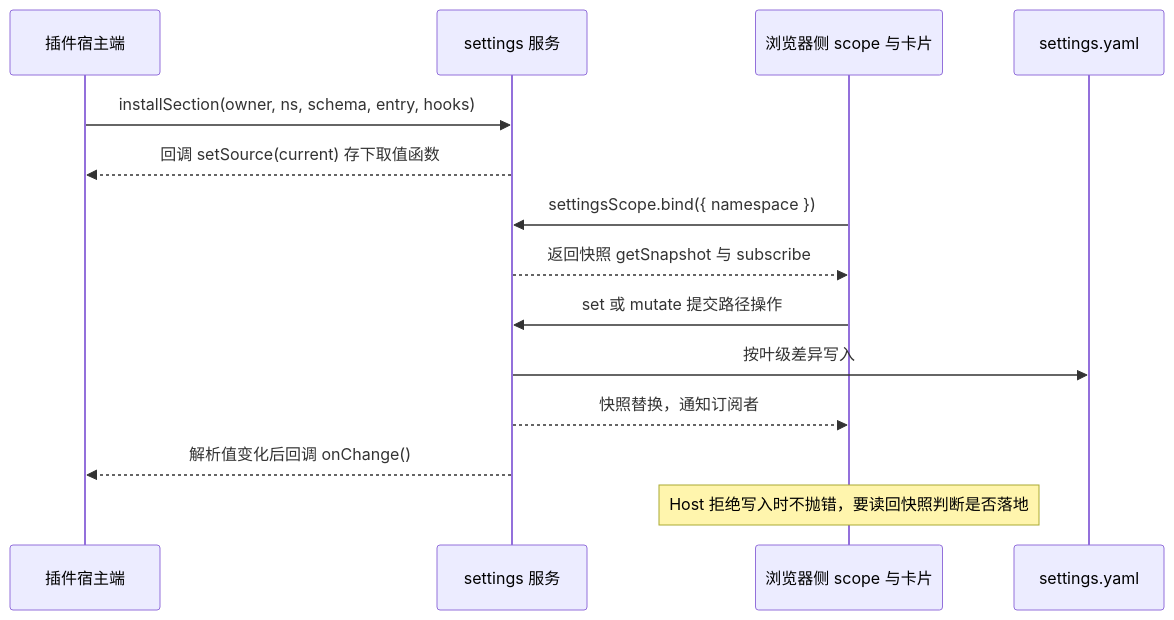
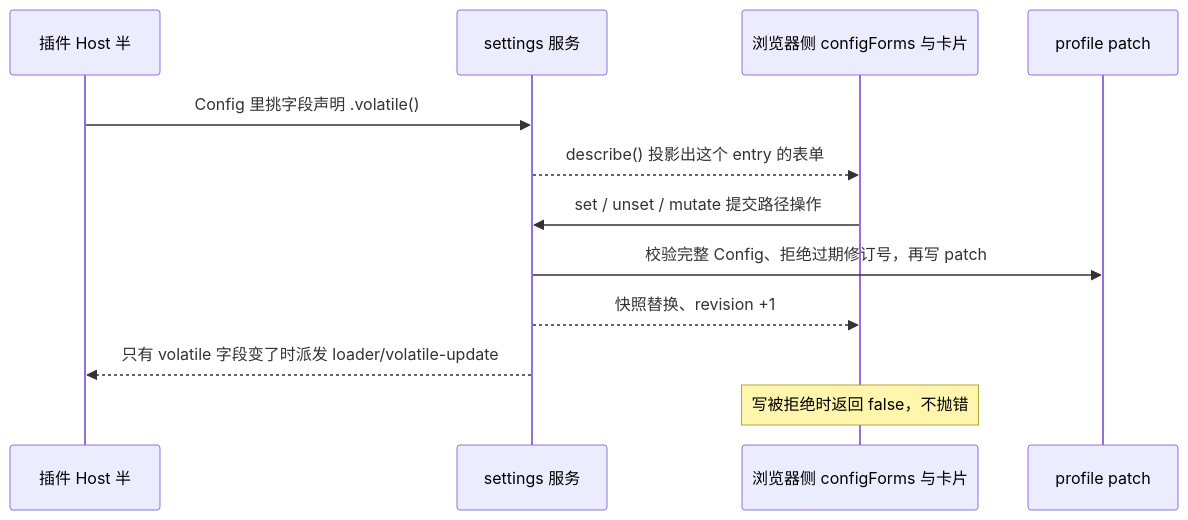
The diagram in dsh 插件开发学习/参考/设置项与卡片速查.md (anthonyzhao-4926/blog), drawn with Mermaid before and after one commit. The commit also changed other lines of this file and 16 other files, not shown here.

````diff
--- a/dsh 插件开发学习/参考/设置项与卡片速查.md
+++ b/dsh 插件开发学习/参考/设置项与卡片速查.md
@@ -17,16 +20,14 @@
 ```mermaid
 sequenceDiagram
-    participant Host as 插件宿主端
+    participant Host as 插件 Host 半
     participant Settings as settings 服务
-    participant Card as 浏览器侧 scope 与卡片
-    participant Disk as settings.yaml
-    Host->>Settings: installSection(owner, ns, schema, entry, hooks)
-    Settings-->>Host: 回调 setSource(current) 存下取值函数
-    Card->>Settings: settingsScope.bind({ namespace })
-    Settings-->>Card: 返回快照 getSnapshot 与 subscribe
-    Card->>Settings: set 或 mutate 提交路径操作
-    Settings->>Disk: 按叶级差异写入
-    Settings-->>Card: 快照替换，通知订阅者
-    Settings-->>Host: 解析值变化后回调 onChange()
-    Note over Card: Host 拒绝写入时不抛错，要读回快照判断是否落地
+    participant Card as 浏览器侧 configForms 与卡片
+    participant Patch as profile patch
+    Host->>Settings: Config 里挑字段声明 .volatile()
+    Settings-->>Card: describe() 投影出这个 entry 的表单
+    Card->>Settings: set / unset / mutate 提交路径操作
+    Settings->>Patch: 校验完整 Config、拒绝过期修订号，再写 patch
+    Settings-->>Card: 快照替换、revision +1
+    Settings-->>Host: 只有 volatile 字段变了时派发 loader/volatile-update
+    Note over Card: 写被拒绝时返回 false，不抛错
 ```
````
